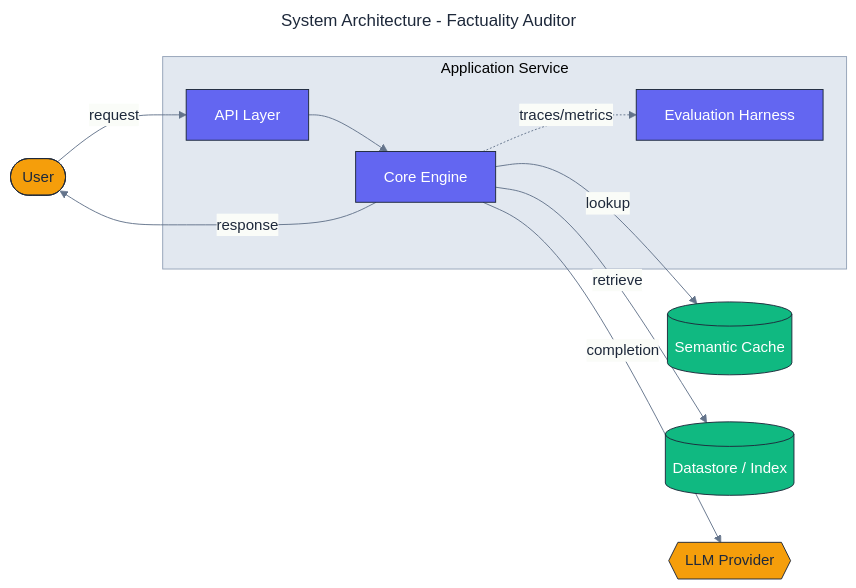
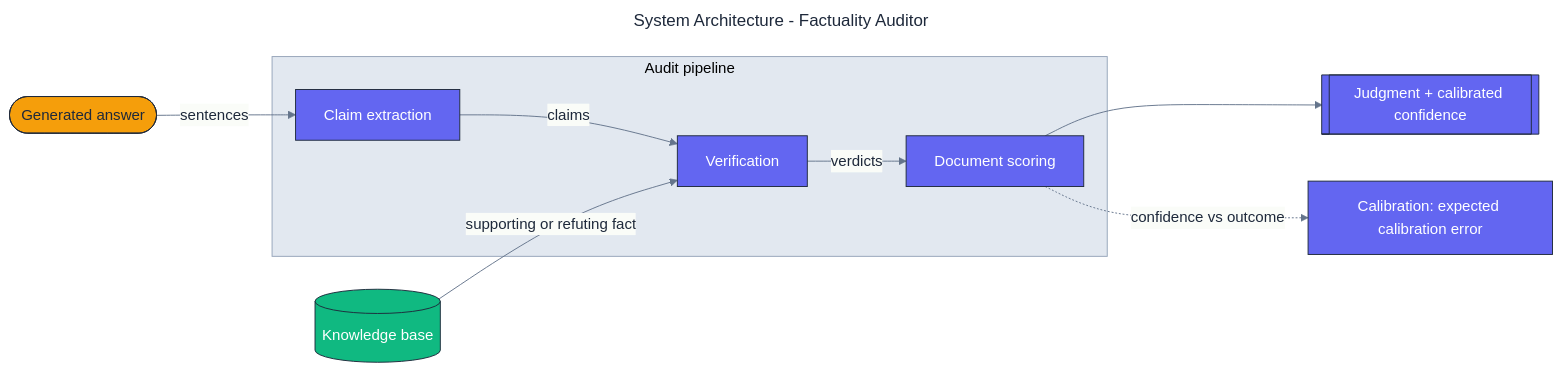
Before and after one commit to adeoluo/factuality-auditor: the diagram in docs/architecture/architecture.mmd, drawn with Mermaid. The commit also changed 9 other files, not shown here.

First line of the commit message:
docs: write README, architecture diagram, and responsible-AI cards

```diff
--- a/docs/architecture/architecture.mmd
+++ b/docs/architecture/architecture.mmd
@@ -1,38 +1,36 @@
 ---
 title: System Architecture - Factuality Auditor
 config:
   theme: base
   themeVariables:
     fontFamily: "Inter, system-ui, sans-serif"
     primaryColor: "#F8FAFC"
     primaryBorderColor: "#1E293B"
     primaryTextColor: "#1E293B"
     lineColor: "#64748B"
     clusterBkg: "#E2E8F0"
     clusterBorder: "#94A3B8"
 ---
 flowchart LR
     classDef core     fill:#6366F1,stroke:#1E293B,color:#ffffff,stroke-width:1px;
     classDef data     fill:#10B981,stroke:#1E293B,color:#ffffff,stroke-width:1px;
     classDef external fill:#F59E0B,stroke:#1E293B,color:#1E293B,stroke-width:1px;
-    classDef danger   fill:#EF4444,stroke:#1E293B,color:#ffffff,stroke-width:1px;
 
-    User([User]):::external
+    Answer([Generated answer]):::external
 
-    subgraph Application["Application Service"]
-        API[API Layer]:::core
-        Core[Core Engine]:::core
-        Evaluation[Evaluation Harness]:::core
+    subgraph Pipeline["Audit pipeline"]
+        Extract[Claim extraction]:::core
+        Verify[Verification]:::core
+        Score[Document scoring]:::core
     end
 
-    Cache[(Semantic Cache)]:::data
-    Store[(Datastore / Index)]:::data
-    LLM{{LLM Provider}}:::external
+    KB[(Knowledge base)]:::data
+    Calibrate[Calibration: expected calibration error]:::core
+    Judgment[["Judgment + calibrated confidence"]]:::core
 
-    User -->|request| API
-    API --> Core
-    Core -->|lookup| Cache
-    Core -->|retrieve| Store
-    Core -->|completion| LLM
-    Core -.->|traces/metrics| Evaluation
-    Core -->|response| User
+    Answer -->|sentences| Extract
+    Extract -->|claims| Verify
+    KB -->|supporting or refuting fact| Verify
+    Verify -->|verdicts| Score
+    Score --> Judgment
+    Score -.->|confidence vs outcome| Calibrate
```
